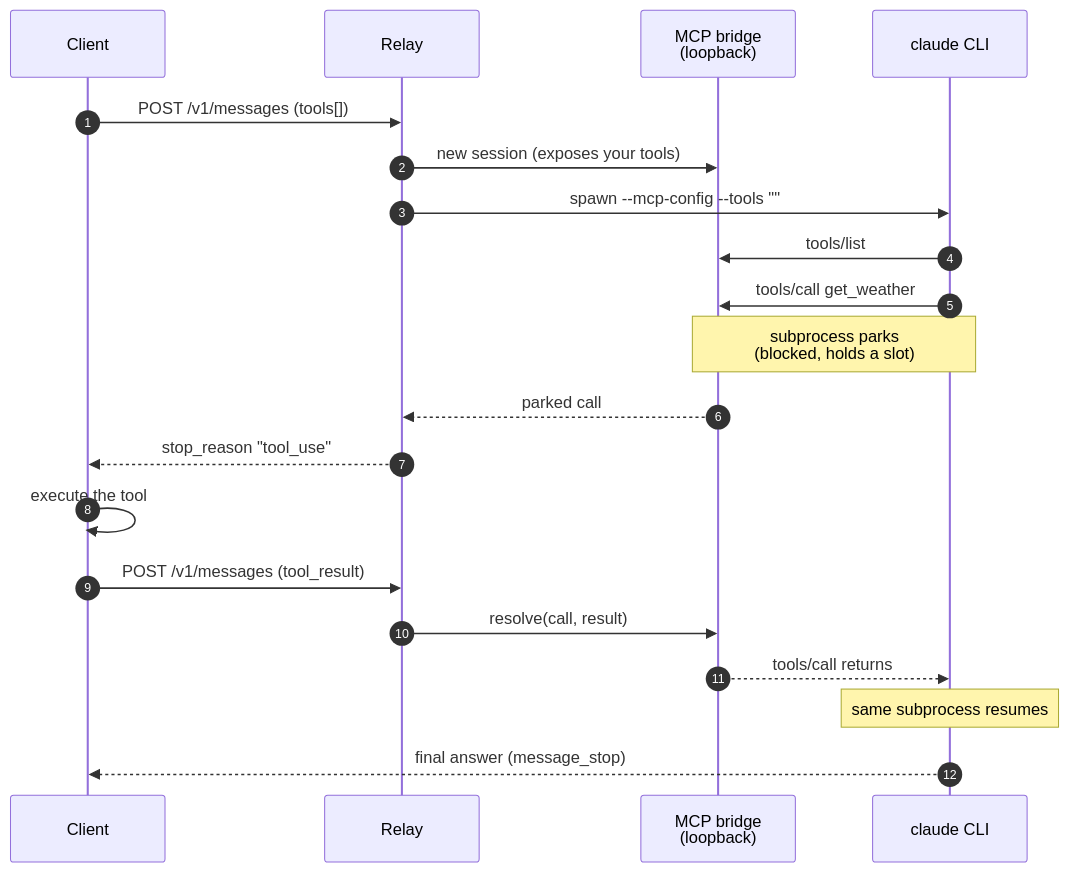
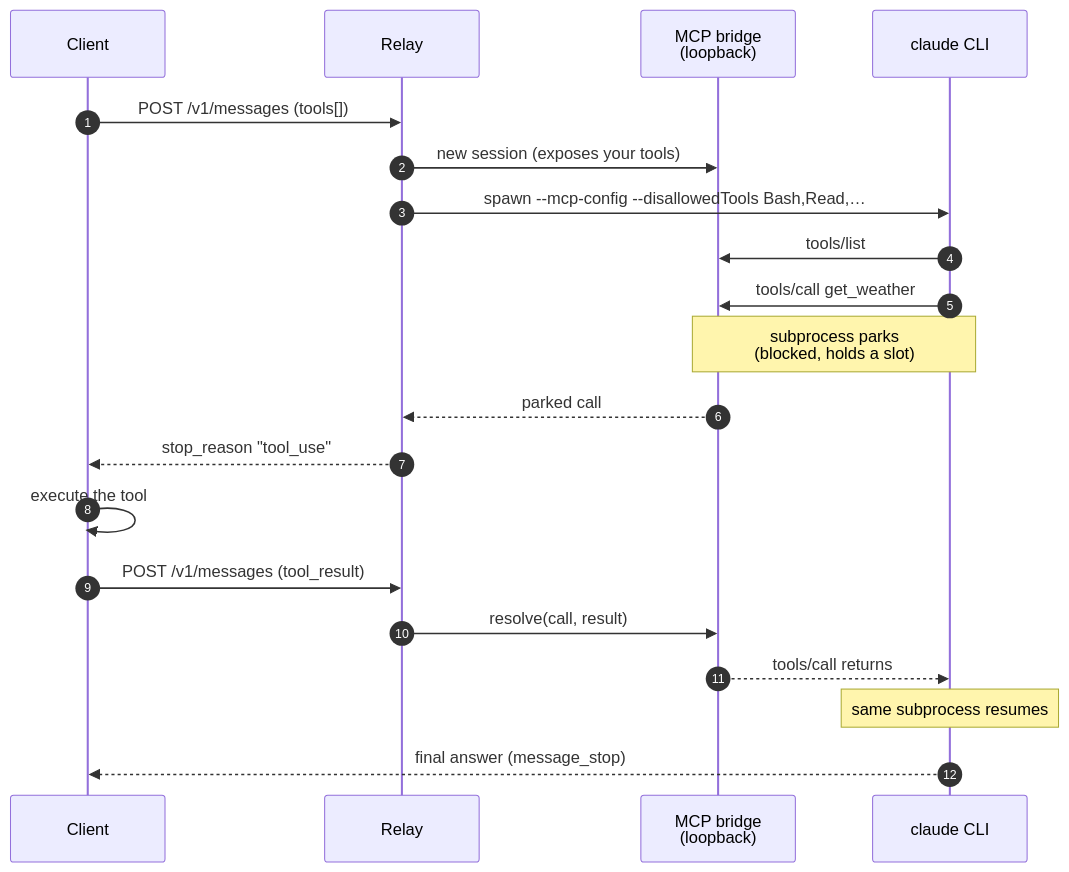
The diagram in docs/api.md (s-celles/agent-relay), drawn with Mermaid before and after one commit. The commit also changed other lines of this file and 4 other files, not shown here.

First line of the commit message:
fix: keep the caller's MCP tools alive by denying the CLI's built-ins by name

````diff
--- a/docs/api.md
+++ b/docs/api.md
@@ -115,23 +115,23 @@
 ```mermaid
 sequenceDiagram
     autonumber
     participant Client
     participant Relay
     participant Bridge as MCP bridge<br/>(loopback)
     participant CLI as claude CLI
 
     Client->>Relay: POST /v1/messages (tools[])
     Relay->>Bridge: new session (exposes your tools)
-    Relay->>CLI: spawn --mcp-config --tools ""
+    Relay->>CLI: spawn --mcp-config --disallowedTools Bash,Read,…
     CLI->>Bridge: tools/list
     CLI->>Bridge: tools/call get_weather
     Note over Bridge,CLI: subprocess parks<br/>(blocked, holds a slot)
     Bridge-->>Relay: parked call
     Relay-->>Client: stop_reason "tool_use"
     Client->>Client: execute the tool
     Client->>Relay: POST /v1/messages (tool_result)
     Relay->>Bridge: resolve(call, result)
     Bridge-->>CLI: tools/call returns
     Note over CLI: same subprocess resumes
     CLI-->>Client: final answer (message_stop)
 ```
````
